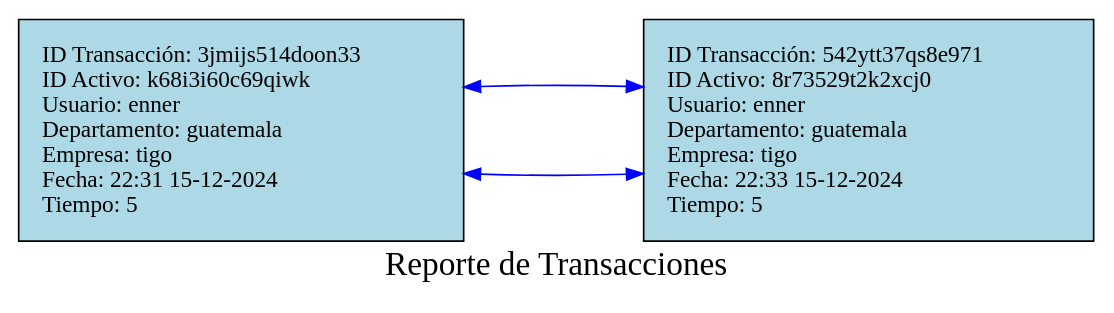
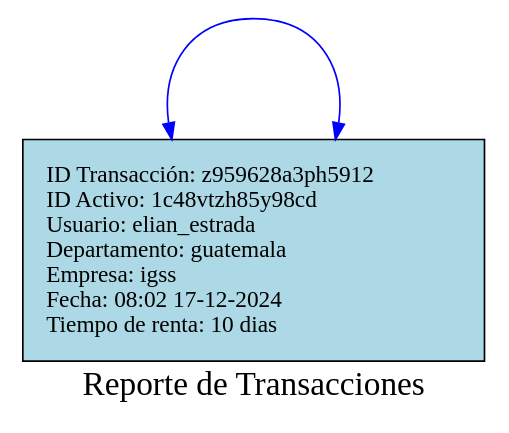
One commit to Ennero/EDD_Proyecto1_Vacas2_202302220 changed the diagram in Proyecto1/cmake-build-debug/reporteListaCircular.dot. Above: the diagram before and after it, drawn with Graphviz. The commit also changed 11 other files, not shown here.

```diff
--- a/Proyecto1/cmake-build-debug/reporteListaCircular.dot
+++ b/Proyecto1/cmake-build-debug/reporteListaCircular.dot
@@ -1,10 +1,8 @@
 digraph listita {
 rankdir=LR;node [shape=record, style=filled, fillcolor=lightblue, margin=0.2];
 edge [style=solid, color=blue];
 graph [ranksep=1.5, nodesep=1];
 graph [label="Reporte de Transacciones", fontsize=20, fontcolor=black];
-"3jmijs514doon33" [label="{ID Transacción: 3jmijs514doon33\lID Activo: k68i3i60c69qiwk\lUsuario: enner\lDepartamento: guatemala\lEmpresa: tigo\lFecha: 22:31 15-12-2024\lTiempo: 5\l}"];
-"3jmijs514doon33" -> "542ytt37qs8e971"[dir=both];
-"542ytt37qs8e971" [label="{ID Transacción: 542ytt37qs8e971\lID Activo: 8r73529t2k2xcj0\lUsuario: enner\lDepartamento: guatemala\lEmpresa: tigo\lFecha: 22:33 15-12-2024\lTiempo: 5\l}"];
-"542ytt37qs8e971" -> "3jmijs514doon33"[dir=both];
+"z959628a3ph5912" [label="{ID Transacción: z959628a3ph5912\lID Activo: 1c48vtzh85y98cd\lUsuario: elian_estrada\lDepartamento: guatemala\lEmpresa: igss\lFecha: 08:02 17-12-2024\lTiempo de renta: 10 dias\l}"];
+"z959628a3ph5912" -> "z959628a3ph5912"[dir=both];
 }
```
